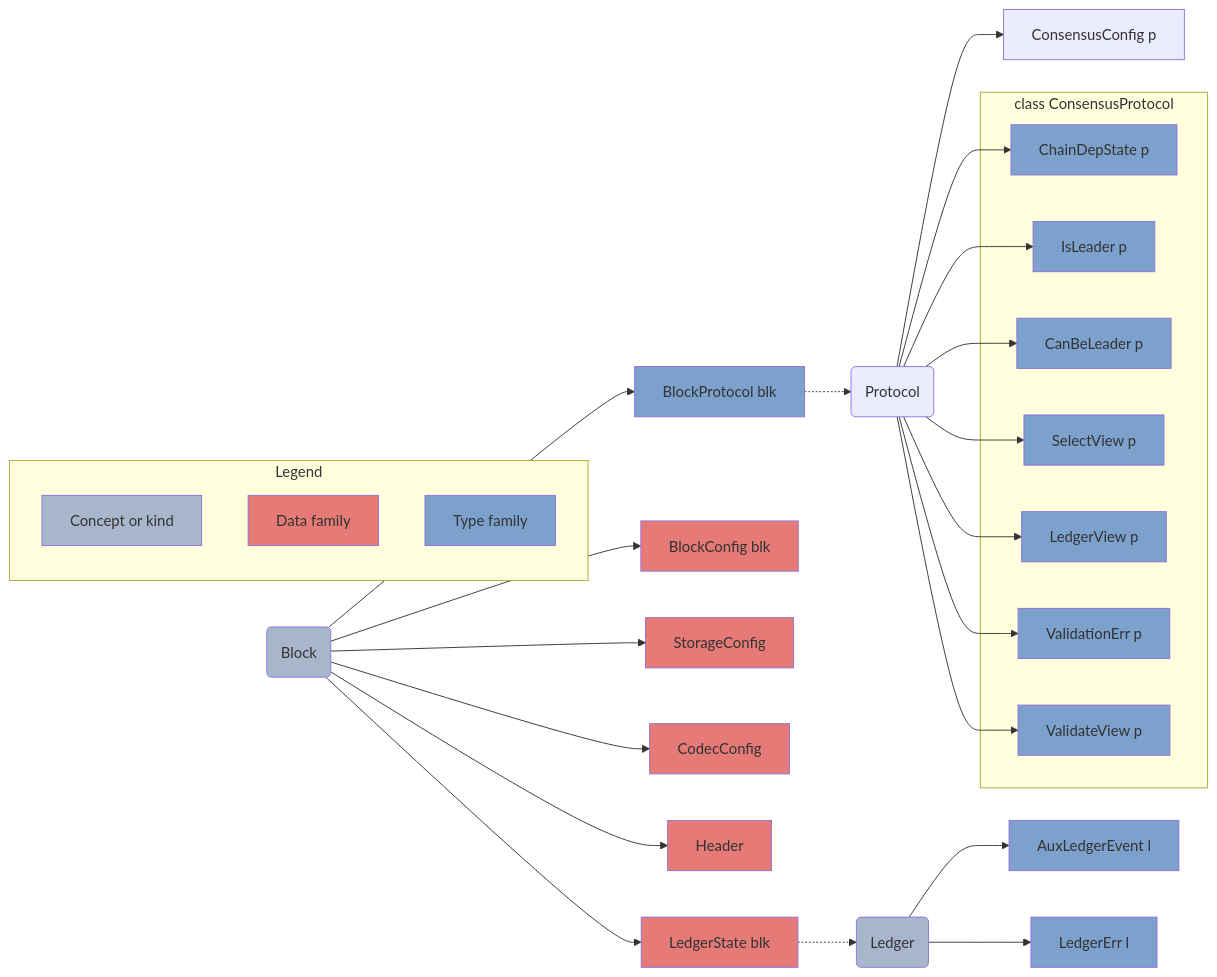
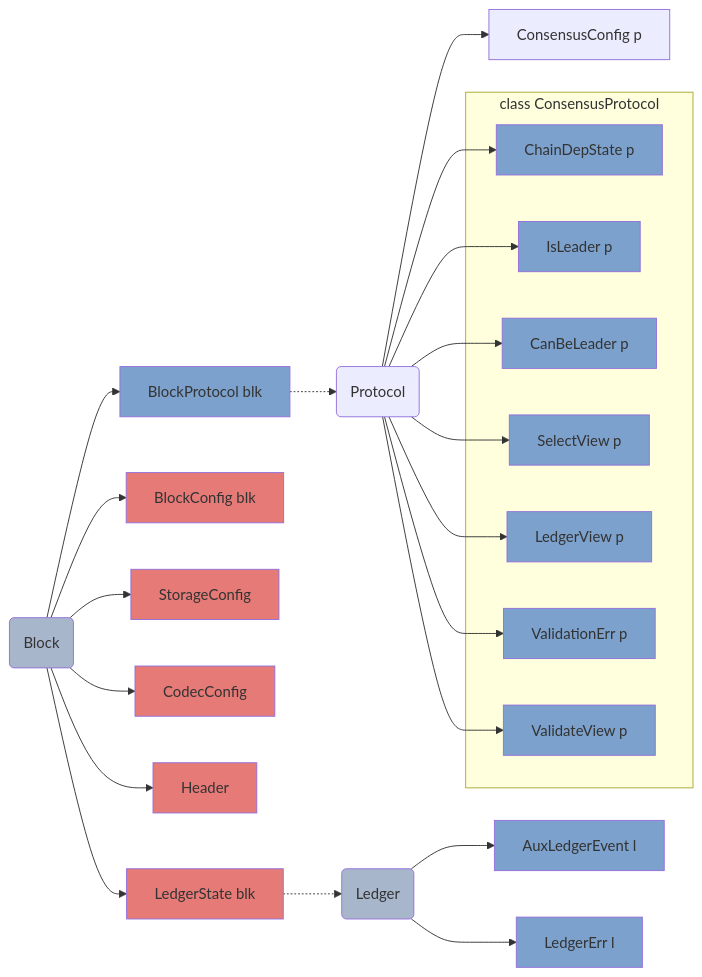
One commit to IntersectMBO/ouroboros-network changed the second of 2 diagrams in newdocs/test.md. Above: the diagram before and after it, drawn with Mermaid. The commit also changed other lines of this file, not shown here.

Commit message:
Split out legend

````diff
--- a/newdocs/test.md
+++ b/newdocs/test.md
@@ -1,46 +12,39 @@
 ```mermaid
 flowchart LR;
 
   classDef df fill:#E57A77;
   classDef tf fill:#7CA1CC;
   classDef kind fill:#A8B6CC;
-
-  subgraph Legend
-    direction TB;
-    Concept[Concept or kind]; class Concept kind;
-    DF[Data family]; class DF df;
-    TF[Type family]; class TF tf;
-  end
 
   Block(Block)-->BlockProtocol[BlockProtocol blk]; class Block kind;
   BlockProtocol[BlockProtocol blk]-.->Protocol(Protocol); class BlockProtocol tf;
   Block-->BlockConfig[BlockConfig blk]; class BlockConfig df
   Block-->StorageConfig; class StorageConfig df
   Block-->CodecConfig; class CodecConfig df
   Block-->Header; class Header df
   Ledger(Ledger); class Ledger kind
   Block-->LedgerState[LedgerState blk]; class LedgerState df;
 
   LedgerState-.->Ledger
   Ledger-->AuxLedgerEvent[AuxLedgerEvent l]; class AuxLedgerEvent tf
   Ledger-->LedgerErr[LedgerErr l]; class LedgerErr tf
 
   Protocol(Protocol)-->ConsensusConfig[ConsensusConfig p]
   subgraph ConsensusProtocol[class ConsensusProtocol]
     ChainDepState[ChainDepState p]; class ChainDepState tf
     IsLeader[IsLeader p]; class IsLeader tf
     CanBeLeader[CanBeLeader p]; class CanBeLeader tf
     SelectView[SelectView p]; class SelectView tf
     LedgerView[LedgerView p]; class LedgerView tf
     ValidationErr[ValidationErr p]; class ValidationErr tf
     ValidateView[ValidateView p]; class ValidateView tf
   end
   Protocol-->ChainDepState
   Protocol-->IsLeader[IsLeader p]
   Protocol-->CanBeLeader[CanBeLeader p]
   Protocol-->SelectView[SelectView p]
   Protocol-->LedgerView[LedgerView p]
   Protocol-->ValidationErr[ValidationErr p]
   Protocol-->ValidateView[ValidateView p]
 
 ```
````
